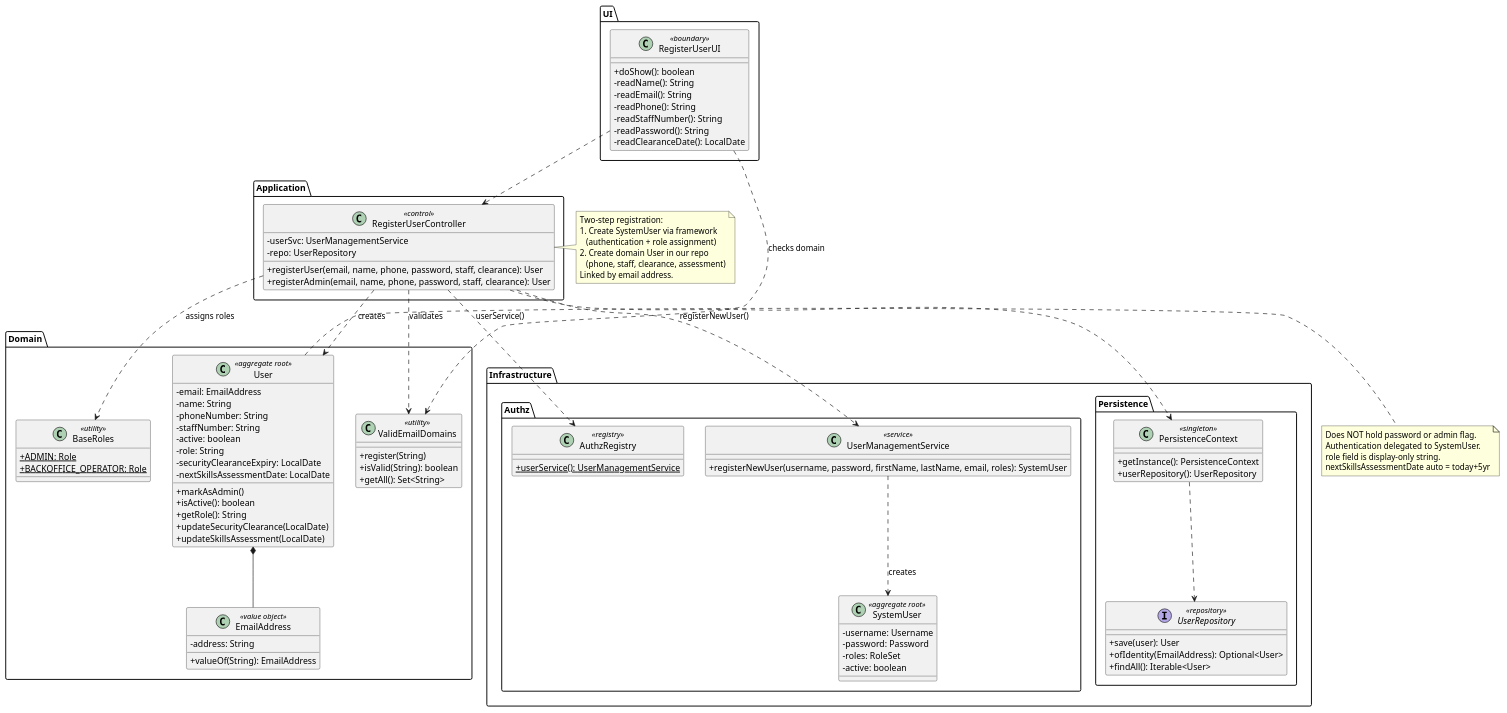
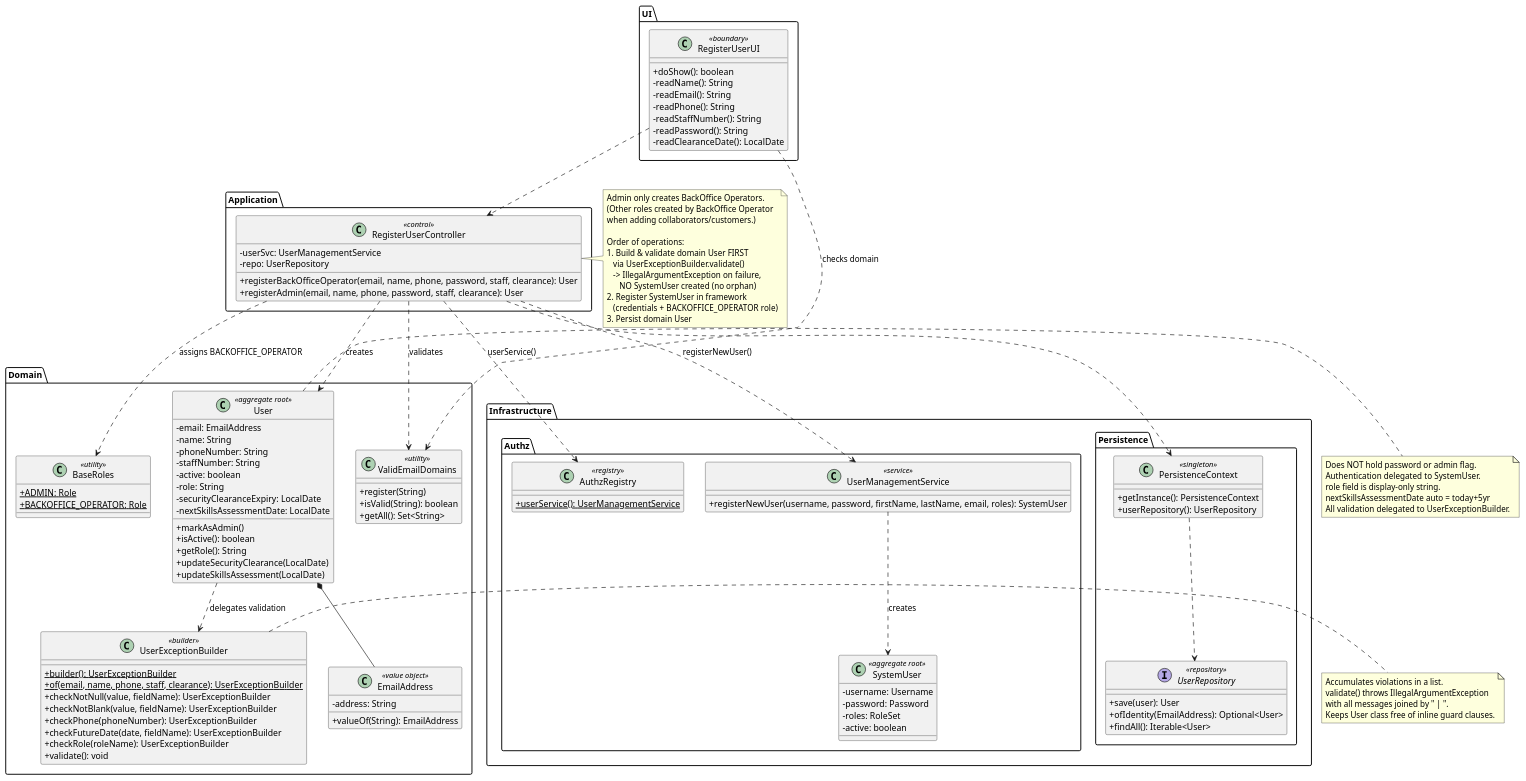
Before and after one commit to DuartePinto1240/sem4pi2526-sem4pi2526_2da2: the diagram in docs/Sprint 3/EAPLI/US031/puml/US031-class-diagram.puml, drawn with PlantUML. The commit also changed 31 other files, not shown here.

First line of the commit message:
fix(eapli): refactor US030-033 validation and role restrictions

```diff
--- a/docs/Sprint 3/EAPLI/US031/puml/US031-class-diagram.puml
+++ b/docs/Sprint 3/EAPLI/US031/puml/US031-class-diagram.puml
@@ -1,110 +1,135 @@
 @startuml
 skinparam classAttributeIconSize 0
 
 package "UI" {
   class RegisterUserUI <<boundary>> {
     +doShow(): boolean
     -readName(): String
     -readEmail(): String
     -readPhone(): String
     -readStaffNumber(): String
     -readPassword(): String
     -readClearanceDate(): LocalDate
   }
 }
 
 package "Application" {
   class RegisterUserController <<control>> {
     -userSvc: UserManagementService
     -repo: UserRepository
-    +registerUser(email, name, phone, password, staff, clearance): User
+    +registerBackOfficeOperator(email, name, phone, password, staff, clearance): User
     +registerAdmin(email, name, phone, password, staff, clearance): User
   }
 }
 
 package "Infrastructure.Authz" {
   class AuthzRegistry <<registry>> {
     {static} +userService(): UserManagementService
   }
   class UserManagementService <<service>> {
     +registerNewUser(username, password, firstName, lastName, email, roles): SystemUser
   }
   class SystemUser <<aggregate root>> {
     -username: Username
     -password: Password
     -roles: RoleSet
     -active: boolean
   }
 }
 
 package "Domain" {
   class User <<aggregate root>> {
     -email: EmailAddress
     -name: String
     -phoneNumber: String
     -staffNumber: String
     -active: boolean
     -role: String
     -securityClearanceExpiry: LocalDate
     -nextSkillsAssessmentDate: LocalDate
     +markAsAdmin()
     +isActive(): boolean
     +getRole(): String
     +updateSecurityClearance(LocalDate)
     +updateSkillsAssessment(LocalDate)
   }
+  class UserExceptionBuilder <<builder>> {
+    +{static} builder(): UserExceptionBuilder
+    +{static} of(email, name, phone, staff, clearance): UserExceptionBuilder
+    +checkNotNull(value, fieldName): UserExceptionBuilder
+    +checkNotBlank(value, fieldName): UserExceptionBuilder
+    +checkPhone(phoneNumber): UserExceptionBuilder
+    +checkFutureDate(date, fieldName): UserExceptionBuilder
+    +checkRole(roleName): UserExceptionBuilder
+    +validate(): void
+  }
   class EmailAddress <<value object>> {
     -address: String
     +valueOf(String): EmailAddress
   }
   class ValidEmailDomains <<utility>> {
     +register(String)
     +isValid(String): boolean
     +getAll(): Set<String>
   }
   class BaseRoles <<utility>> {
     {static} +ADMIN: Role
     {static} +BACKOFFICE_OPERATOR: Role
   }
 }
 
 package "Infrastructure.Persistence" {
   class PersistenceContext <<singleton>> {
     +getInstance(): PersistenceContext
     +userRepository(): UserRepository
   }
   interface UserRepository <<repository>> {
     +save(user): User
     +ofIdentity(EmailAddress): Optional<User>
     +findAll(): Iterable<User>
   }
 }
 
 RegisterUserUI ..> RegisterUserController
 RegisterUserUI ..> ValidEmailDomains : checks domain
 RegisterUserController ..> AuthzRegistry : userService()
 RegisterUserController ..> UserManagementService : registerNewUser()
 RegisterUserController ..> ValidEmailDomains : validates
 RegisterUserController ..> PersistenceContext
 RegisterUserController ..> User : creates
-RegisterUserController ..> BaseRoles : assigns roles
+RegisterUserController ..> BaseRoles : assigns BACKOFFICE_OPERATOR
 UserManagementService ..> SystemUser : creates
 PersistenceContext ..> UserRepository
 User *-- EmailAddress
+User ..> UserExceptionBuilder : delegates validation
 
 note right of RegisterUserController
-  Two-step registration:
-  1. Create SystemUser via framework
-     (authentication + role assignment)
-  2. Create domain User in our repo
-     (phone, staff, clearance, assessment)
-  Linked by email address.
+  Admin only creates BackOffice Operators.
+  (Other roles created by BackOffice Operator
+  when adding collaborators/customers.)
+
+  Order of operations:
+  1. Build & validate domain User FIRST
+     via UserExceptionBuilder.validate()
+     -> IllegalArgumentException on failure,
+        NO SystemUser created (no orphan)
+  2. Register SystemUser in framework
+     (credentials + BACKOFFICE_OPERATOR role)
+  3. Persist domain User
 end note
 
 note right of User
   Does NOT hold password or admin flag.
   Authentication delegated to SystemUser.
   role field is display-only string.
   nextSkillsAssessmentDate auto = today+5yr
+  All validation delegated to UserExceptionBuilder.
+end note
+
+note right of UserExceptionBuilder
+  Accumulates violations in a list.
+  validate() throws IllegalArgumentException
+  with all messages joined by " | ".
+  Keeps User class free of inline guard clauses.
 end note
 @enduml
```
